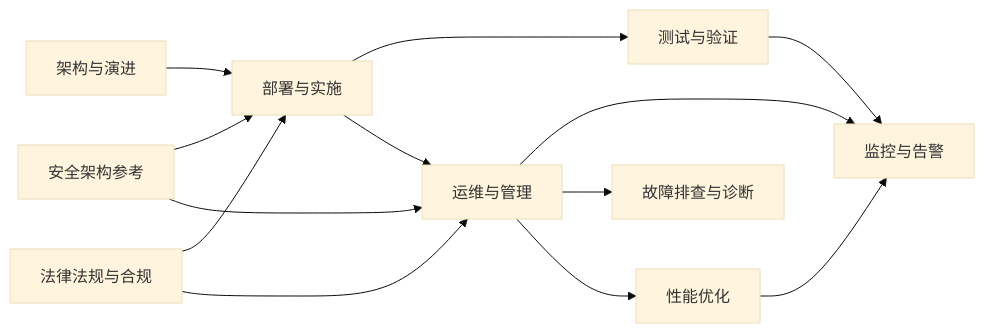
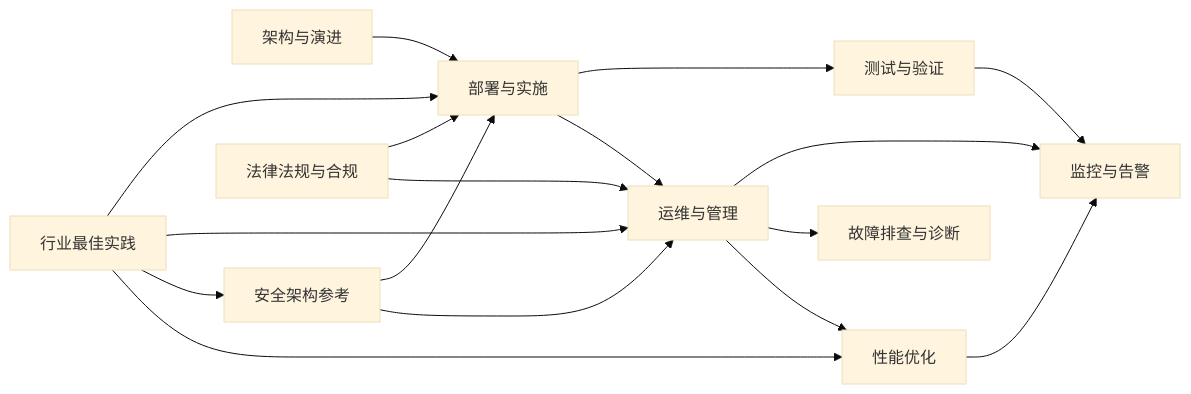
Before and after one commit to allengaller/oran-database: the third of 4 diagrams in .qoder/repowiki/zh/content/标准与合规/行业最佳实践.md, drawn with Mermaid (base theme). The commit also changed other lines of this file and 32 other files, not shown here.

````diff
--- a/.qoder/repowiki/zh/content/标准与合规/行业最佳实践.md
+++ b/.qoder/repowiki/zh/content/标准与合规/行业最佳实践.md
@@ -204,15 +314,19 @@
 ```mermaid
 graph LR
 Arch["架构与演进"] --> Deploy["部署与实施"]
 Deploy --> Test["测试与验证"]
 Deploy --> Oper["运维与管理"]
 Oper --> Mon["监控与告警"]
 Oper --> Troub["故障排查与诊断"]
 Oper --> Perf["性能优化"]
 Sec["安全架构参考"] --> Deploy
 Sec --> Oper
 Law["法律法规与合规"] --> Deploy
 Law --> Oper
 Perf --> Mon
 Test --> Mon
+BestPractices["行业最佳实践"] --> Deploy
+BestPractices --> Oper
+BestPractices --> Sec
+BestPractices --> Perf
 ```
````
